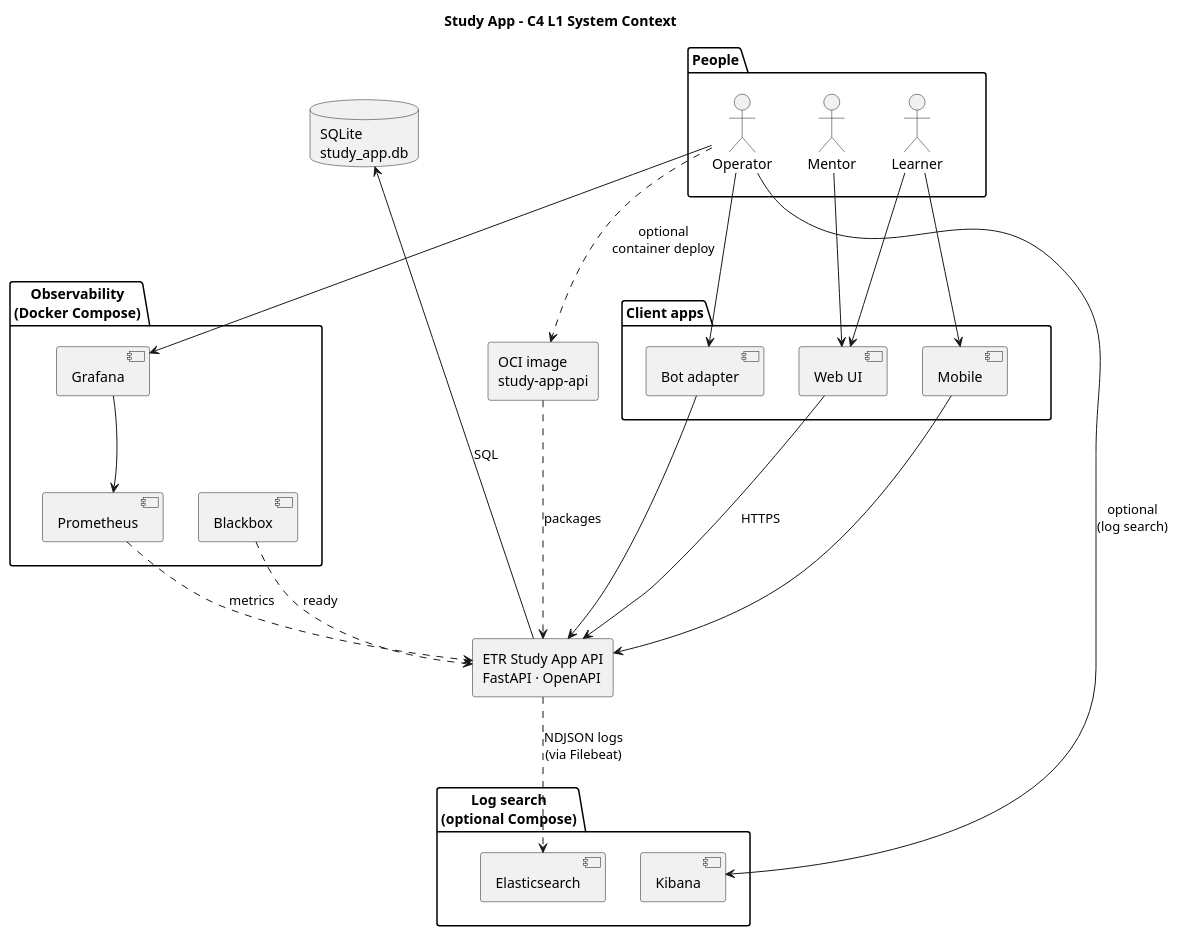
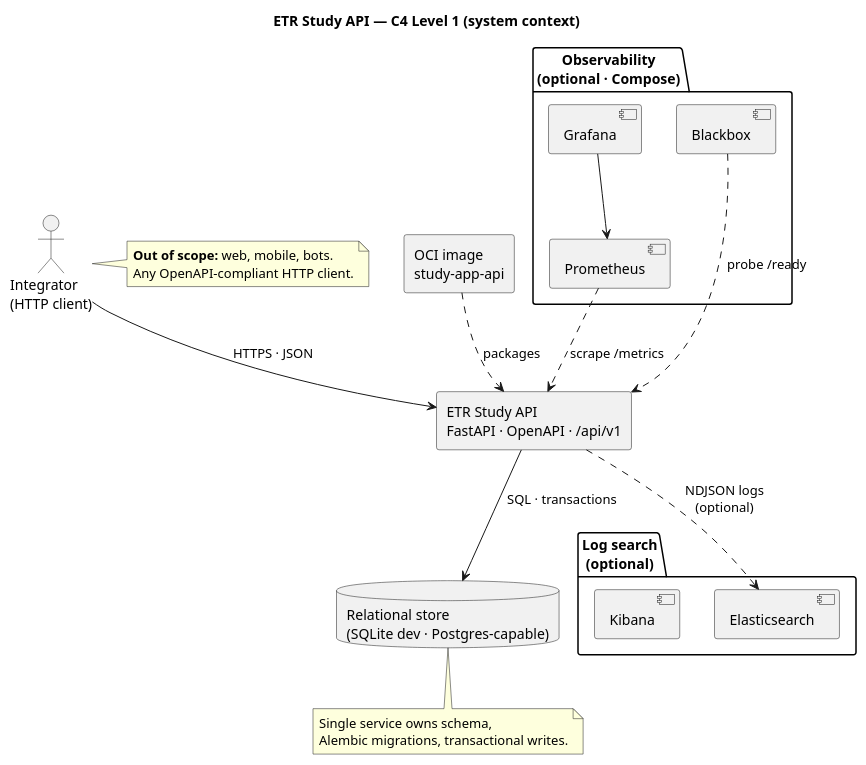
One commit to iboiarkin96/etr_study_api changed the diagram in docs/uml/architecture/system_context_view.puml. Above: the diagram before and after it, drawn with PlantUML. The commit also changed 54 other files, not shown here.

First line of the commit message:
docs: SVG UML exports, diagram lightbox, conspectus ER and system design

```diff
--- a/docs/uml/architecture/system_context_view.puml
+++ b/docs/uml/architecture/system_context_view.puml
@@ -1,67 +1,45 @@
 @startuml
-title Study App - C4 L1 System Context
+title ETR Study API — C4 Level 1 (system context)
 
 top to bottom direction
 
-package "People" as People {
-  actor Learner
-  actor Mentor
-  actor Operator
-}
+actor "Integrator\n(HTTP client)" as Integrator
+note right of Integrator
+  **Out of scope:** web, mobile, bots.
+  Any OpenAPI-compliant HTTP client.
+end note
 
-package "Client apps" as Clients {
-  [Web UI] as Web
-  [Mobile] as Mobile
-  [Bot adapter] as Bot
-  Web -[hidden]right- Mobile
-  Mobile -[hidden]right- Bot
-}
+rectangle "ETR Study API\nFastAPI · OpenAPI · /api/v1" as Api
 
-rectangle "ETR Study App API\nFastAPI · OpenAPI" as Api
+database "Relational store\n(SQLite dev · Postgres-capable)" as Db
 
-database "SQLite\nstudy_app.db" as Db
 rectangle "OCI image\nstudy-app-api" as Img
 
-package "Observability\n(Docker Compose)" as Obs {
+package "Observability\n(optional · Compose)" as Obs {
   [Grafana] as Graf
   [Prometheus] as Prom
   [Blackbox] as Bbx
-  Graf -[hidden]right- Prom
-  Prom -[hidden]right- Bbx
 }
 
-package "Log search\n(optional Compose)" as LogSearch {
+package "Log search\n(optional)" as LogSearch {
   [Elasticsearch] as ES
   [Kibana] as Kib
-  ES -[hidden]right- Kib
 }
 
-People -[hidden]down- Clients
-Clients -[hidden]down- Api
-Api -[hidden]down- Db
-Db -[hidden]right- Img
-Img -[hidden]right- Obs
-Db -[hidden]down- Obs
-Db -[hidden]right- LogSearch
+Integrator --> Api : HTTPS · JSON
+Api --> Db : SQL · transactions
 
-Learner --> Web
-Learner --> Mobile
-Mentor --> Web
-Operator --> Bot
-Operator --> Graf
-Operator --> Kib : optional\n(log search)
-Operator ..> Img : optional\ncontainer deploy
-
-Web --> Api : HTTPS
-Mobile --> Api
-Bot --> Api
-
-Api --> Db : SQL
 Img ..> Api : packages
 
-Prom ..> Api : metrics
-Bbx ..> Api : ready
+Prom ..> Api : scrape /metrics
+Bbx ..> Api : probe /ready
 Graf --> Prom
-Api ..> ES : NDJSON logs\n(via Filebeat)
+
+Api ..> ES : NDJSON logs\n(optional)
+
+note bottom of Db
+  Single service owns schema,
+  Alembic migrations, transactional writes.
+end note
 
 @enduml
```
